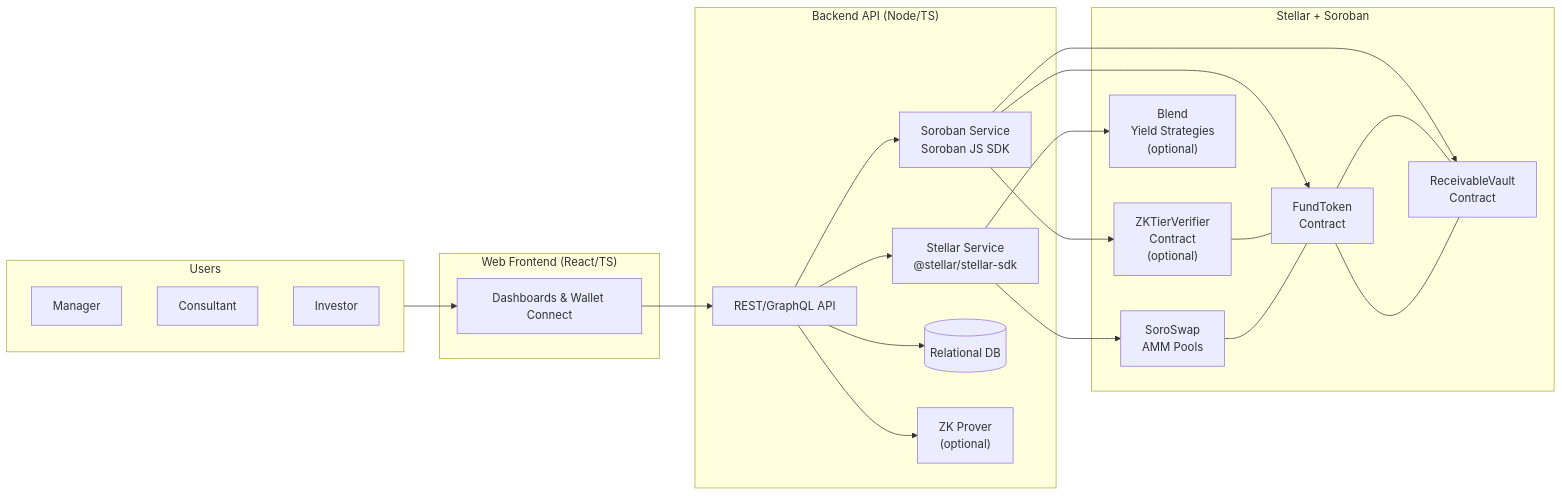
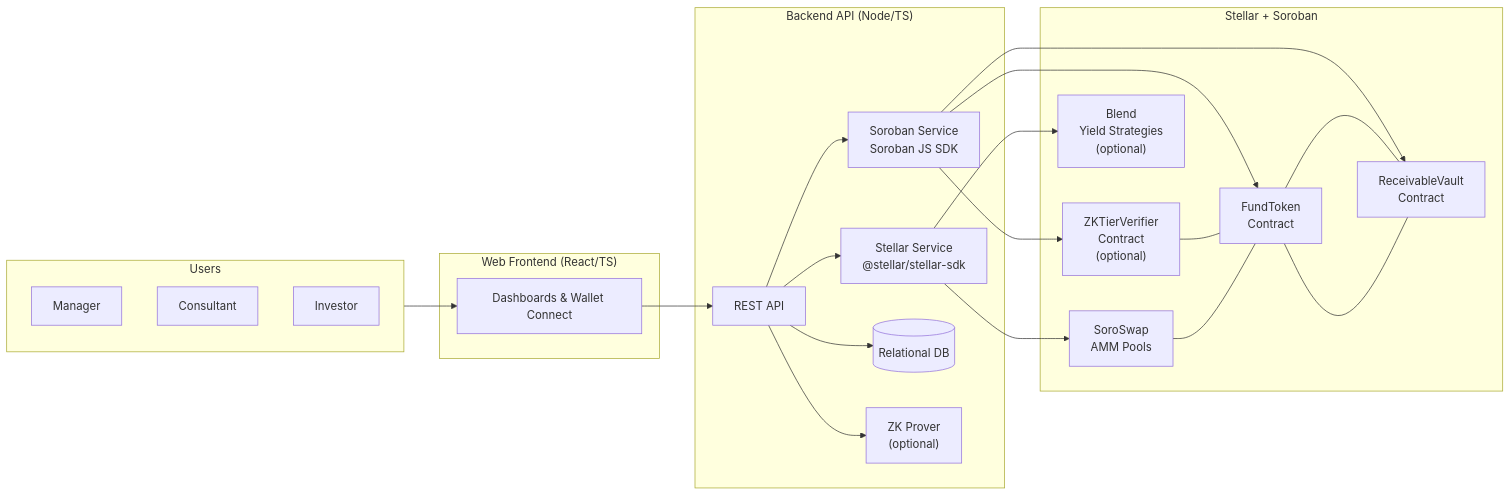
The first of 3 diagrams in README.MD (HeitorCand/TheSimpleFund-BAF), drawn with Mermaid before and after one commit. The commit also changed other lines of this file, not shown here.

Commit message:
feat: novos diagramas

````diff
--- a/README.MD
+++ b/README.MD
@@ -304,49 +304,49 @@
 ```mermaid
 flowchart LR
     subgraph Users
         Manager
         Consultant
         Investor
     end
 
     subgraph Frontend["Web Frontend (React/TS)"]
         UI[Dashboards & Wallet Connect]
     end
 
     subgraph Backend["Backend API (Node/TS)"]
-        API[REST/GraphQL API]
+        API[REST API]
         SvcStellar["Stellar Service<br/>@stellar/stellar-sdk"]
         SvcSoroban["Soroban Service<br/>Soroban JS SDK"]
         DB[(Relational DB)]
         ZKProver["ZK Prover<br/>(optional)"]
     end
 
     subgraph OnChain["Stellar + Soroban"]
         FT["FundToken<br/>Contract"]
         RV["ReceivableVault<br/>Contract"]
         ZK["ZKTierVerifier<br/>Contract<br/>(optional)"]
         SoroSwap["SoroSwap<br/>AMM Pools"]
         Blend["Blend<br/>Yield Strategies<br/>(optional)"]
     end
 
     Users --> UI
     UI --> API
 
     API --> DB
     API --> SvcStellar
     API --> SvcSoroban
     API --> ZKProver
 
     SvcSoroban --> FT
     SvcSoroban --> RV
     SvcSoroban --> ZK
 
     SvcStellar --> SoroSwap
     SvcStellar --> Blend
 
     FT --- RV
     RV --- FT
     ZK --- FT
 
     SoroSwap --- FT
 ```
````
